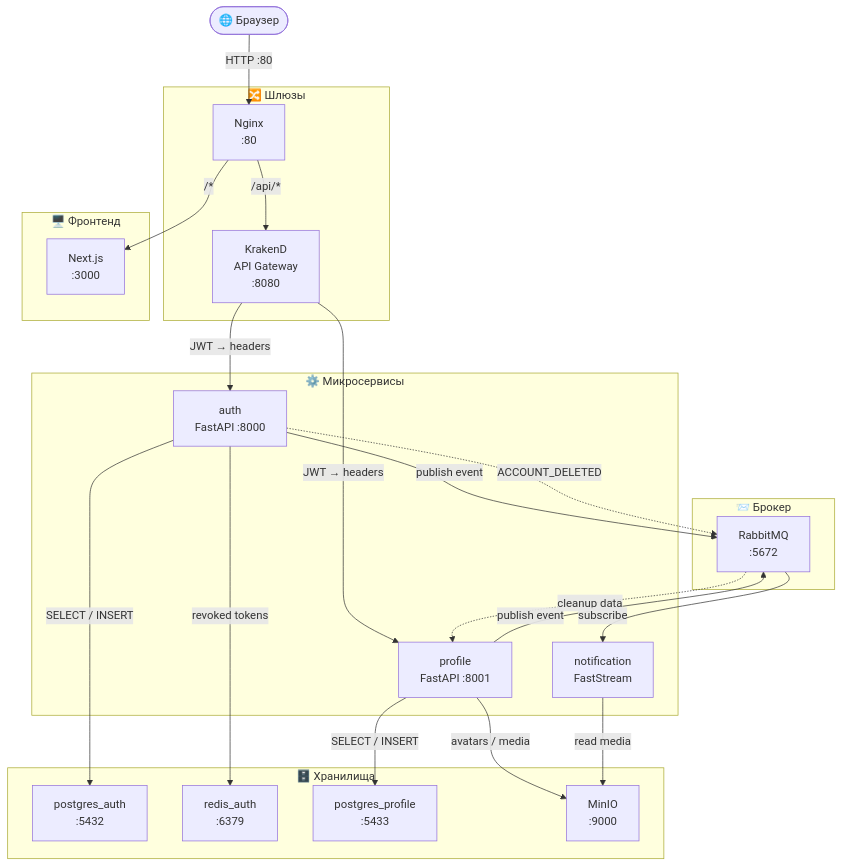
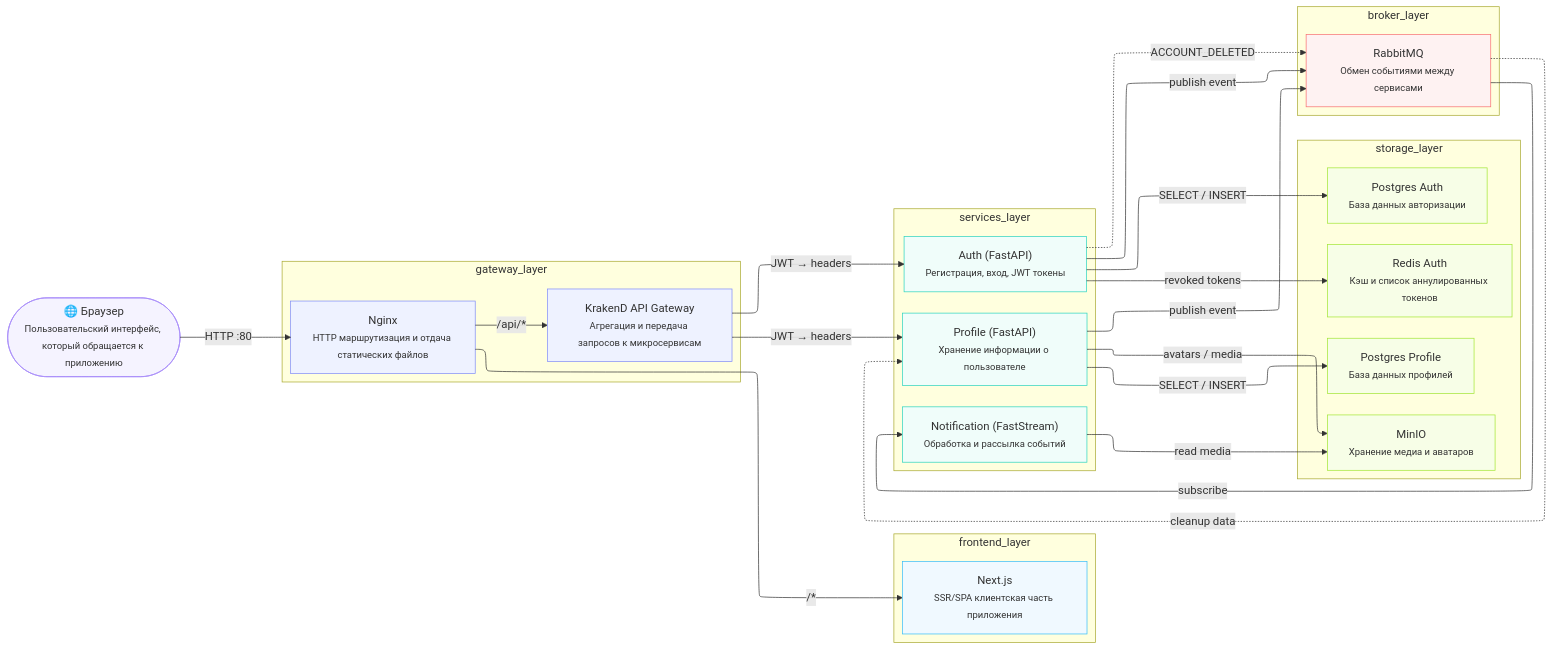
The first of 4 diagrams in README.md (mindcoree/LoreLounge), drawn with Mermaid before and after one commit.

Commit message:
docs: update project documentation in README.md

````diff
--- a/README.md
+++ b/README.md
@@ -39,52 +39,75 @@
 ```mermaid
-flowchart TB
-    Browser(["🌐 Браузер"])
+%%{init: {"flowchart": {"defaultRenderer": "elk"}} }%%
+flowchart LR
+    %% --- Legend / Layout ---
+    classDef gateway stroke:#818cf8,fill:#eef2ff;
+    classDef frontend stroke:#38bdf8,fill:#f0f9ff;
+    classDef services stroke:#2dd4bf,fill:#f0fdfa;
+    classDef storage stroke:#a3e635,fill:#f7fee7;
+    classDef broker stroke:#f87171,fill:#fef2f2;
+    classDef external stroke:#a78bfa,fill:#f5f3ff;
 
-    Browser -->|"HTTP :80"| Nginx
+    %% --- External / Entry point ---
+    Browser(["🌐 Браузер<br/><small>Пользовательский интерфейс, который обращается к приложению</small>"])
+    class Browser external
 
-    subgraph gateway["🔀 Шлюзы"]
-        Nginx["Nginx\n:80"]
-        KrakenD["KrakenD\nAPI Gateway\n:8080"]
+    %% --- Gateway Layer ---
+    subgraph gateway_layer["gateway_layer"]
+        Nginx["Nginx<br/><small>HTTP маршрутизация и отдача статических файлов</small>"]
+        KrakenD["KrakenD API Gateway<br/><small>Агрегация и передача запросов к микросервисам</small>"]
     end
 
-    subgraph frontend_layer["🖥️ Фронтенд"]
-        Frontend["Next.js\n:3000"]
+    %% --- Frontend Layer ---
+    subgraph frontend_layer["frontend_layer"]
+        Frontend["Next.js<br/><small>SSR/SPA клиентская часть приложения</small>"]
     end
 
-    subgraph services_layer["⚙️ Микросервисы"]
-        Auth["auth\nFastAPI :8000"]
-        Profile["profile\nFastAPI :8001"]
-        Notification["notification\nFastStream"]
+    %% --- Services Layer ---
+    subgraph services_layer["services_layer"]
+        Auth["Auth (FastAPI)<br/><small>Регистрация, вход, JWT токены</small>"]
+        Profile["Profile (FastAPI)<br/><small>Хранение информации о пользователе</small>"]
+        Notification["Notification (FastStream)<br/><small>Обработка и рассылка событий</small>"]
     end
 
-    subgraph storage_layer["🗄️ Хранилища"]
-        PGAuth["postgres_auth\n:5432"]
-        RedisAuth["redis_auth\n:6379"]
-        PGProfile["postgres_profile\n:5433"]
-        MinIO["MinIO\n:9000"]
+    %% --- Storage Layer ---
+    subgraph storage_layer["storage_layer"]
+        PGAuth["Postgres Auth<br/><small>База данных авторизации</small>"]
+        PGProfile["Postgres Profile<br/><small>База данных профилей</small>"]
+        RedisAuth["Redis Auth<br/><small>Кэш и список аннулированных токенов</small>"]
+        MinIO["MinIO<br/><small>Хранение медиа и аватаров</small>"]
     end
 
-    subgraph broker_layer["📨 Брокер"]
-        RabbitMQ["RabbitMQ\n:5672"]
+    %% --- Broker Layer ---
+    subgraph broker_layer["broker_layer"]
+        RabbitMQ["RabbitMQ<br/><small>Обмен событиями между сервисами</small>"]
     end
 
+    %% Add classes
+    class Nginx,KrakenD gateway
+    class Frontend frontend
+    class Auth,Profile,Notification services
+    class PGAuth,RedisAuth,PGProfile,MinIO storage
+    class RabbitMQ broker
+
+    %% --- Connections ---
+    Browser -->|"HTTP :80"| Nginx
     Nginx -->|"/*"| Frontend
     Nginx -->|"/api/*"| KrakenD
 
     KrakenD -->|"JWT → headers"| Auth
     KrakenD -->|"JWT → headers"| Profile
 
     Auth -->|"SELECT / INSERT"| PGAuth
     Auth -->|"revoked tokens"| RedisAuth
     Auth -->|"publish event"| RabbitMQ
 
     Profile -->|"SELECT / INSERT"| PGProfile
     Profile -->|"avatars / media"| MinIO
     Profile -->|"publish event"| RabbitMQ
 
     Auth -.->|"ACCOUNT_DELETED"| RabbitMQ
     RabbitMQ -.->|"cleanup data"| Profile
 
     RabbitMQ -->|"subscribe"| Notification
     Notification -->|"read media"| MinIO
 ```
````
